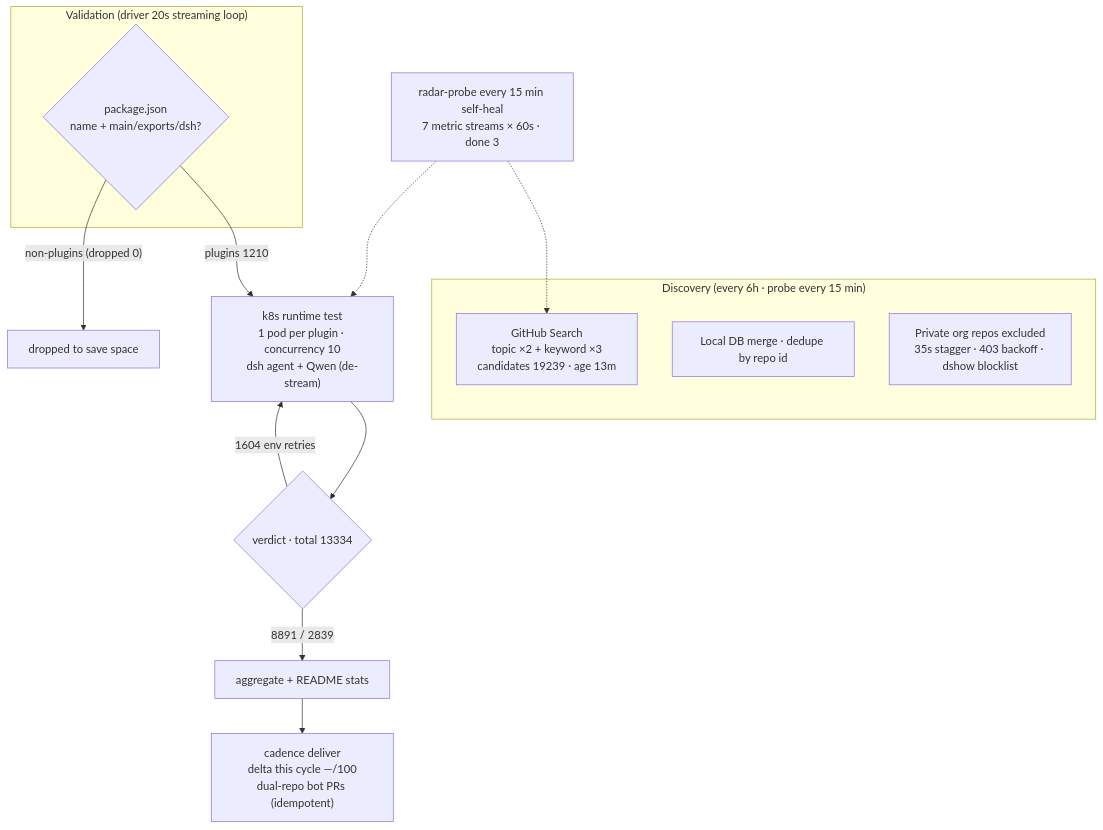
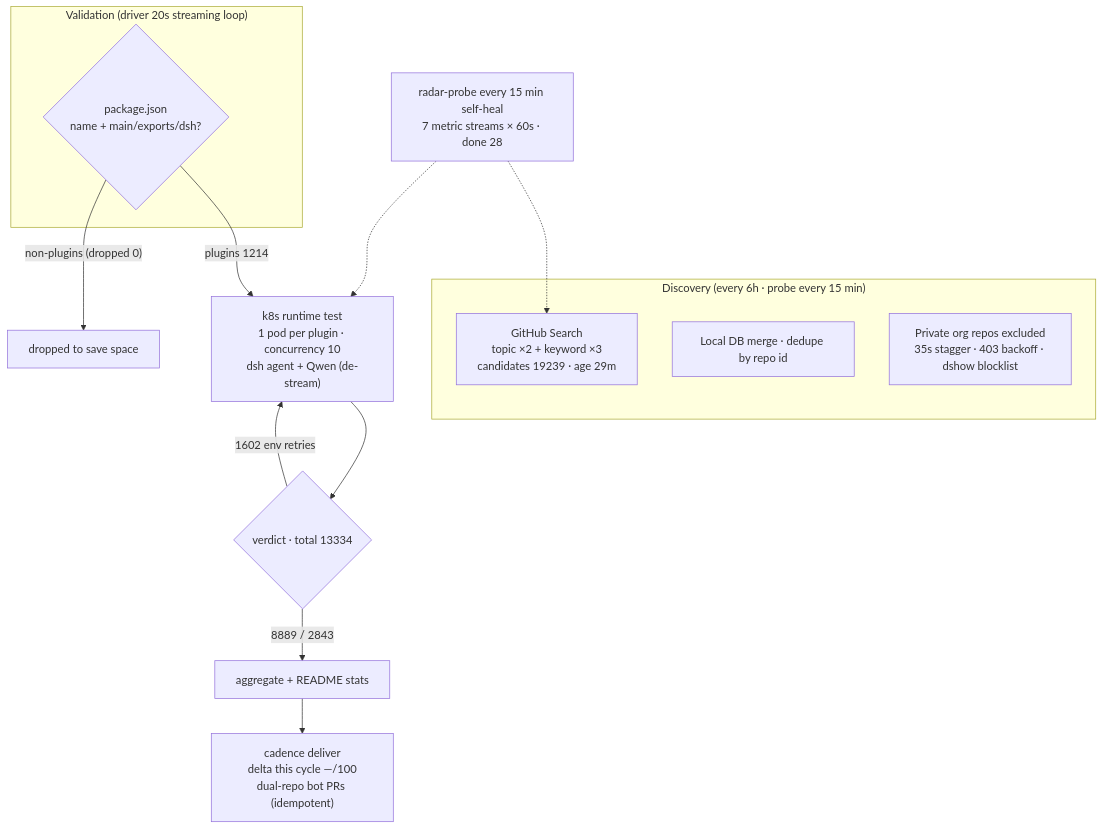
Before and after one commit to AdamPlatin123/dsh-plugin-radar: the diagram in README.en-US.md, drawn with Mermaid. The commit also changed other lines of this file and 11 other files, not shown here.

````diff
--- a/README.en-US.md
+++ b/README.en-US.md
@@ -45,20 +45,20 @@
 ```mermaid
 flowchart TB
     subgraph Discovery["Discovery (every 6h · probe every 15 min)"]
-        A1["GitHub Search<br/>topic ×2 + keyword ×3<br/>candidates 19239 · age 13m"]
+        A1["GitHub Search<br/>topic ×2 + keyword ×3<br/>candidates 19239 · age 29m"]
         A2["Local DB merge · dedupe by repo id"]
         A3["Private org repos excluded<br/>35s stagger · 403 backoff · dshow blocklist"]
     end
     subgraph Validation["Validation (driver 20s streaming loop)"]
         B1{"package.json<br/>name + main/exports/dsh?"}
     end
-    B1 -->|"plugins 1210"| C1["k8s runtime test<br/>1 pod per plugin · concurrency 10<br/>dsh agent + Qwen (de-stream)"]
+    B1 -->|"plugins 1214"| C1["k8s runtime test<br/>1 pod per plugin · concurrency 10<br/>dsh agent + Qwen (de-stream)"]
     B1 -->|"non-plugins (dropped 0)"| B3["dropped to save space"]
     C1 --> D1{"verdict · total 13334"}
-    D1 -->|"8891 / 2839"| E1["aggregate + README stats"]
-    D1 -->|"1604 env retries"| C1
+    D1 -->|"8889 / 2843"| E1["aggregate + README stats"]
+    D1 -->|"1602 env retries"| C1
     E1 --> E2["cadence deliver<br/>delta this cycle —/100<br/>dual-repo bot PRs (idempotent)"]
-    M["radar-probe every 15 min self-heal<br/>7 metric streams × 60s · done 3"]
+    M["radar-probe every 15 min self-heal<br/>7 metric streams × 60s · done 28"]
     M -.-> A1
     M -.-> C1
 ```
````
